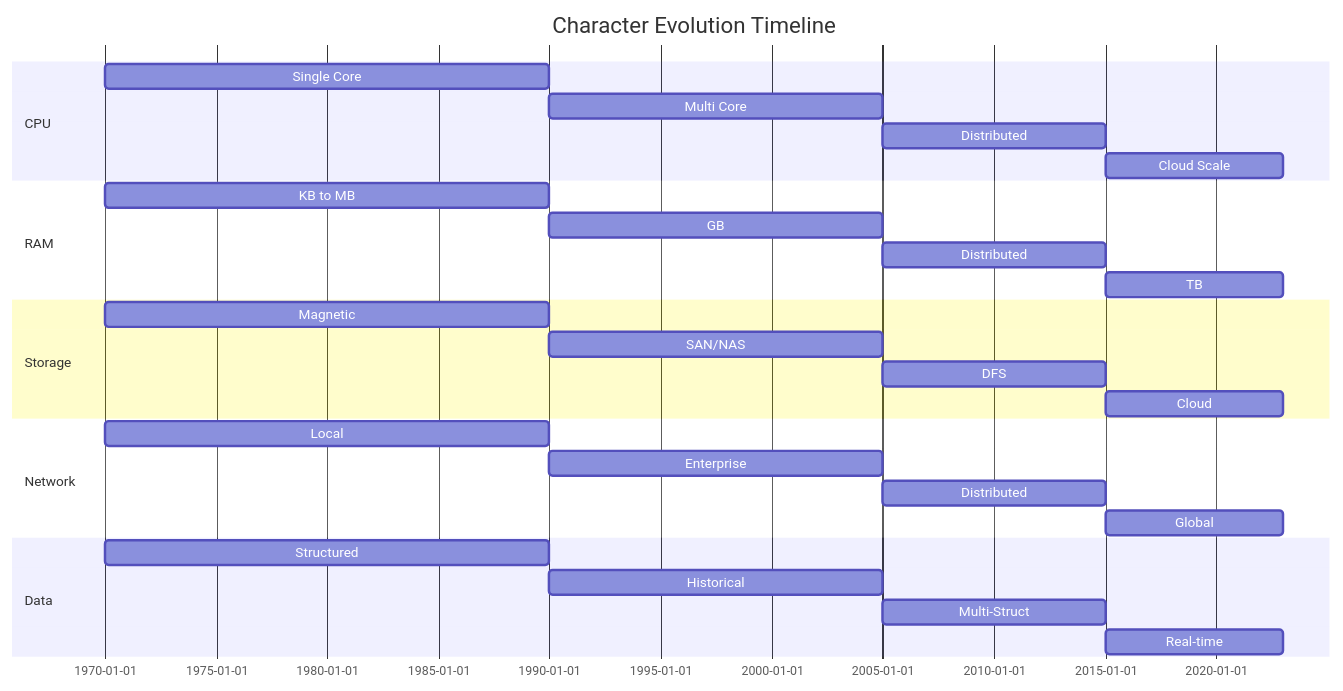
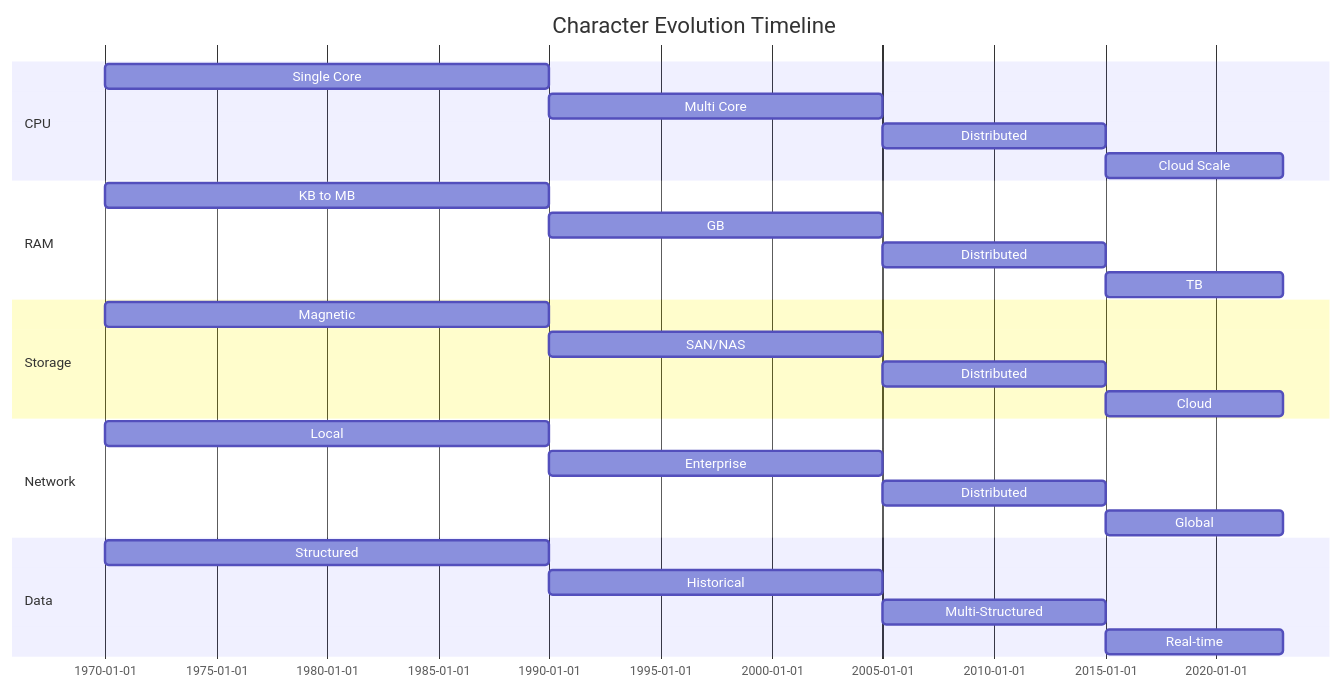
One commit to goelkiran/learnDataLakeHouses changed the first of 3 diagrams in data_management_evolution.md. Above: the diagram before and after it, drawn with Mermaid.

Commit message:
improved the diagram

````diff
--- a/data_management_evolution.md
+++ b/data_management_evolution.md
@@ -40,30 +40,30 @@
 ```mermaid
 gantt
     title Character Evolution Timeline
     dateFormat  YYYY
     section CPU
     Single Core       :1970, 1990
     Multi Core       :1990, 2005
     Distributed     :2005, 2015
     Cloud Scale    :2015, 2023
     section RAM
     KB to MB        :1970, 1990
     GB             :1990, 2005
     Distributed    :2005, 2015
     TB             :2015, 2023
     section Storage
     Magnetic       :1970, 1990
     SAN/NAS        :1990, 2005
-    DFS           :2005, 2015
+    Distributed    :2005, 2015
     Cloud         :2015, 2023
     section Network
     Local         :1970, 1990
     Enterprise    :1990, 2005
     Distributed   :2005, 2015
     Global        :2015, 2023
     section Data
     Structured    :1970, 1990
     Historical    :1990, 2005
-    Multi-Struct  :2005, 2015
+    Multi-Structured  :2005, 2015
     Real-time     :2015, 2023
 ```
````
